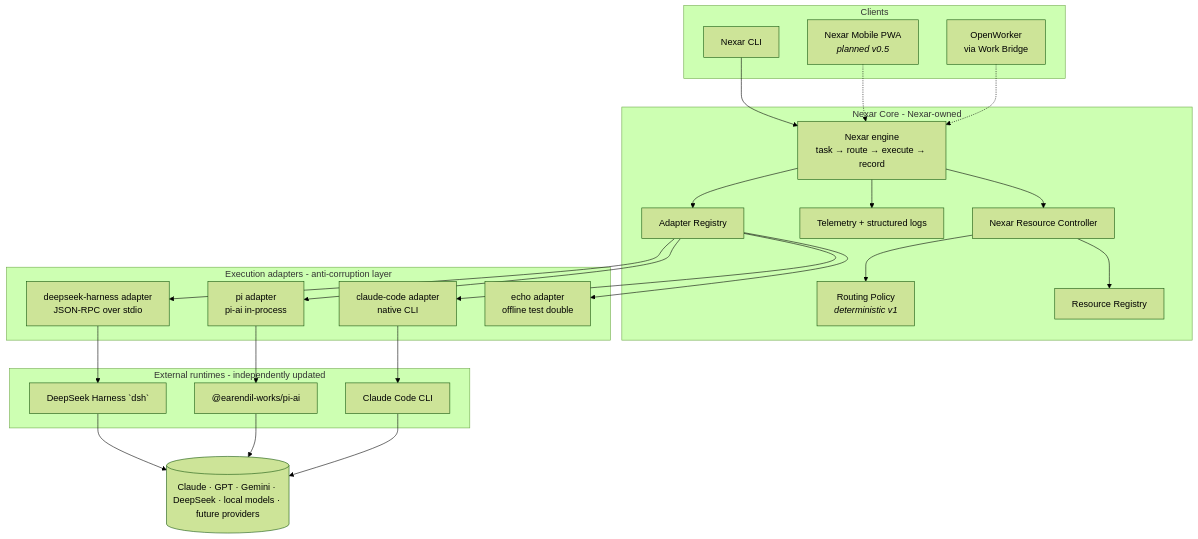
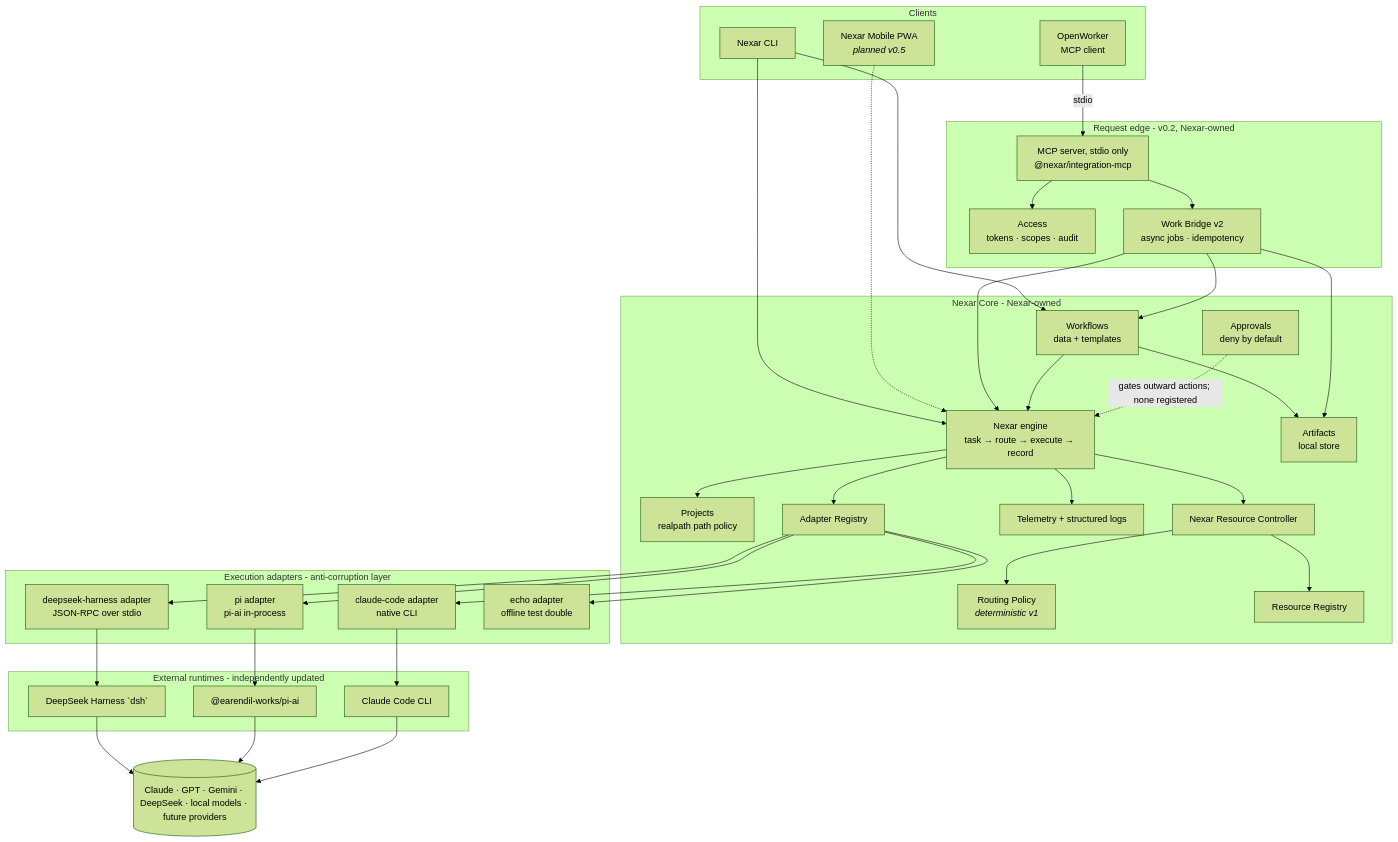
One commit to mohmedhat797/Nexar-Ai changed the first of 6 diagrams in docs/architecture/overview.md. Above: the diagram before and after it, drawn with Mermaid (forest theme). The commit also changed other lines of this file and 10 other files, not shown here.

````diff
--- a/docs/architecture/overview.md
+++ b/docs/architecture/overview.md
@@ -36,47 +36,67 @@
 ```mermaid
 flowchart TB
   subgraph Clients
     CLI[Nexar CLI]
     MOB[Nexar Mobile PWA<br/><i>planned v0.5</i>]
-    OWIN[OpenWorker<br/>via Work Bridge]
+    OWIN[OpenWorker<br/>MCP client]
+  end
+
+  subgraph Edge[Request edge - v0.2, Nexar-owned]
+    MCP[MCP server, stdio only<br/>@nexar/integration-mcp]
+    ACC[Access<br/>tokens · scopes · audit]
+    WB[Work Bridge v2<br/>async jobs · idempotency]
   end
 
   subgraph NexarCore[Nexar Core - Nexar-owned]
     ENG[Nexar engine<br/>task → route → execute → record]
+    PRJ[Projects<br/>realpath path policy]
+    WFL[Workflows<br/>data + templates]
+    ART[Artifacts<br/>local store]
+    APR[Approvals<br/>deny by default]
     NRC[Nexar Resource Controller]
     POL[Routing Policy<br/><i>deterministic v1</i>]
     REG[Resource Registry]
     TEL[Telemetry + structured logs]
     ADR_[Adapter Registry]
   end
 
   subgraph Adapters[Execution adapters - anti-corruption layer]
     A_DSH[deepseek-harness adapter<br/>JSON-RPC over stdio]
     A_PI[pi adapter<br/>pi-ai in-process]
     A_CC[claude-code adapter<br/>native CLI]
     A_ECHO[echo adapter<br/>offline test double]
   end
 
   subgraph Upstream[External runtimes - independently updated]
     DSH[DeepSeek Harness `dsh`]
     PIAI["@earendil-works/pi-ai"]
     CC[Claude Code CLI]
   end
 
   MODELS[(Claude · GPT · Gemini · DeepSeek · local models · future providers)]
 
+  CLI --> WFL
   CLI --> ENG
   MOB -.-> ENG
-  OWIN -.-> ENG
+  OWIN -- stdio --> MCP
+  MCP --> ACC
+  MCP --> WB
+  WB --> WFL
+  WB --> ENG
+  WFL --> ENG
+  WFL --> ART
+  WB --> ART
+  ENG --> PRJ
   ENG --> NRC --> POL
   NRC --> REG
   ENG --> ADR_
   ENG --> TEL
+  APR -.->|gates outward actions; none registered| ENG
   ADR_ --> A_DSH & A_PI & A_CC & A_ECHO
   A_DSH --> DSH
   A_PI --> PIAI
   A_CC --> CC
   DSH --> MODELS
   PIAI --> MODELS
   CC --> MODELS
 ```
````
